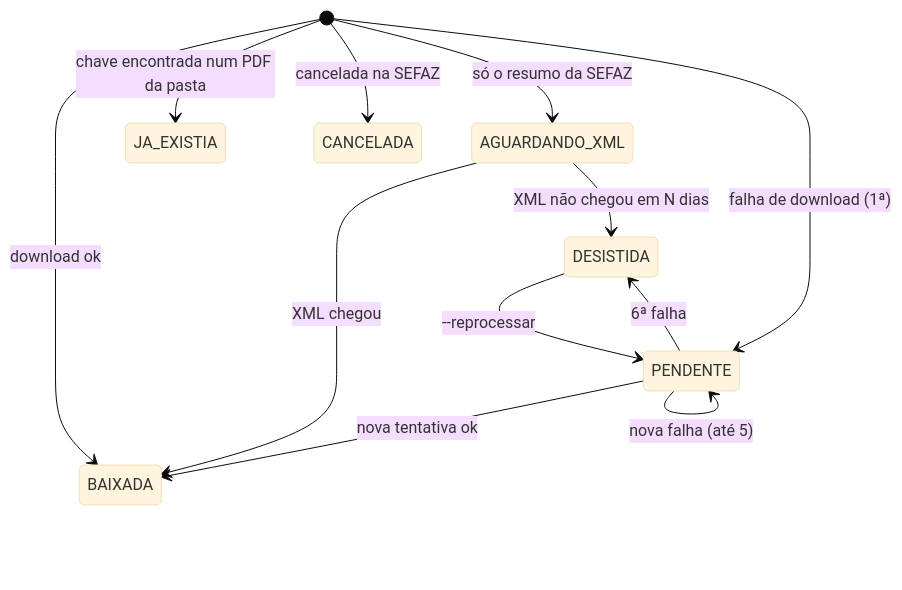
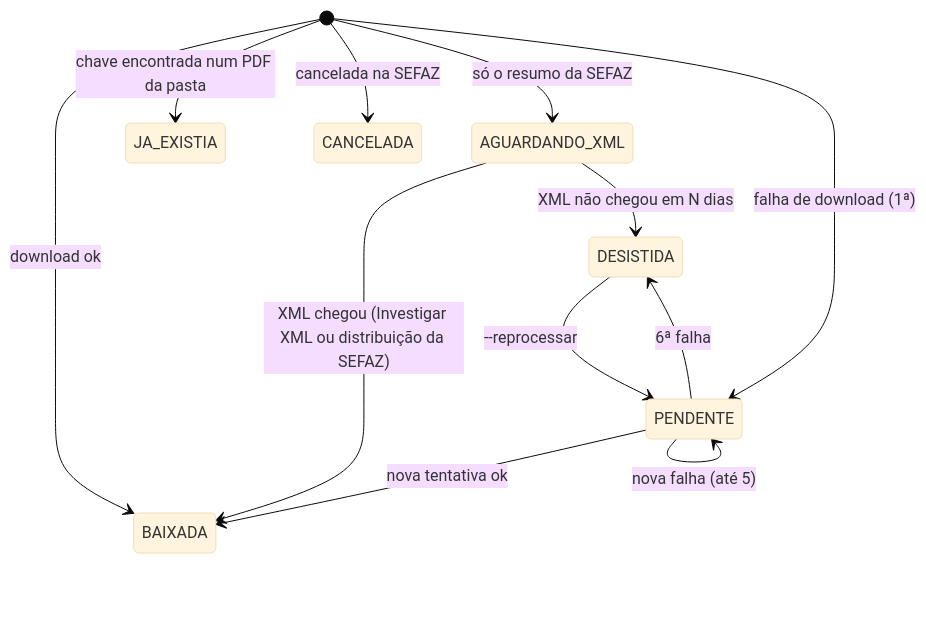
The second of 2 diagrams in docs/arquitetura.md (cesaraaugustoo/rpa-nf-espiao), drawn with Mermaid (base theme) before and after one commit. The commit also changed other lines of this file and 10 other files, not shown here.

````diff
--- a/docs/arquitetura.md
+++ b/docs/arquitetura.md
@@ -58,14 +83,14 @@
 ```mermaid
 stateDiagram-v2
     [*] --> BAIXADA: download ok
     [*] --> JA_EXISTIA: chave encontrada num PDF da pasta
     [*] --> CANCELADA: cancelada na SEFAZ
     [*] --> AGUARDANDO_XML: só o resumo da SEFAZ
     [*] --> PENDENTE: falha de download (1ª)
-    AGUARDANDO_XML --> BAIXADA: XML chegou
+    AGUARDANDO_XML --> BAIXADA: XML chegou (Investigar XML ou distribuição da SEFAZ)
     AGUARDANDO_XML --> DESISTIDA: XML não chegou em N dias
     PENDENTE --> BAIXADA: nova tentativa ok
     PENDENTE --> PENDENTE: nova falha (até 5)
     PENDENTE --> DESISTIDA: 6ª falha
     DESISTIDA --> PENDENTE: --reprocessar
 ```
````
